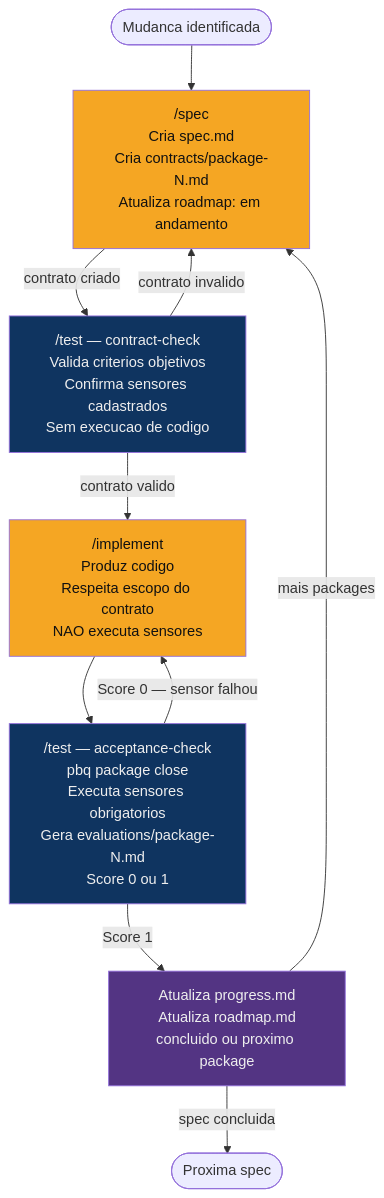
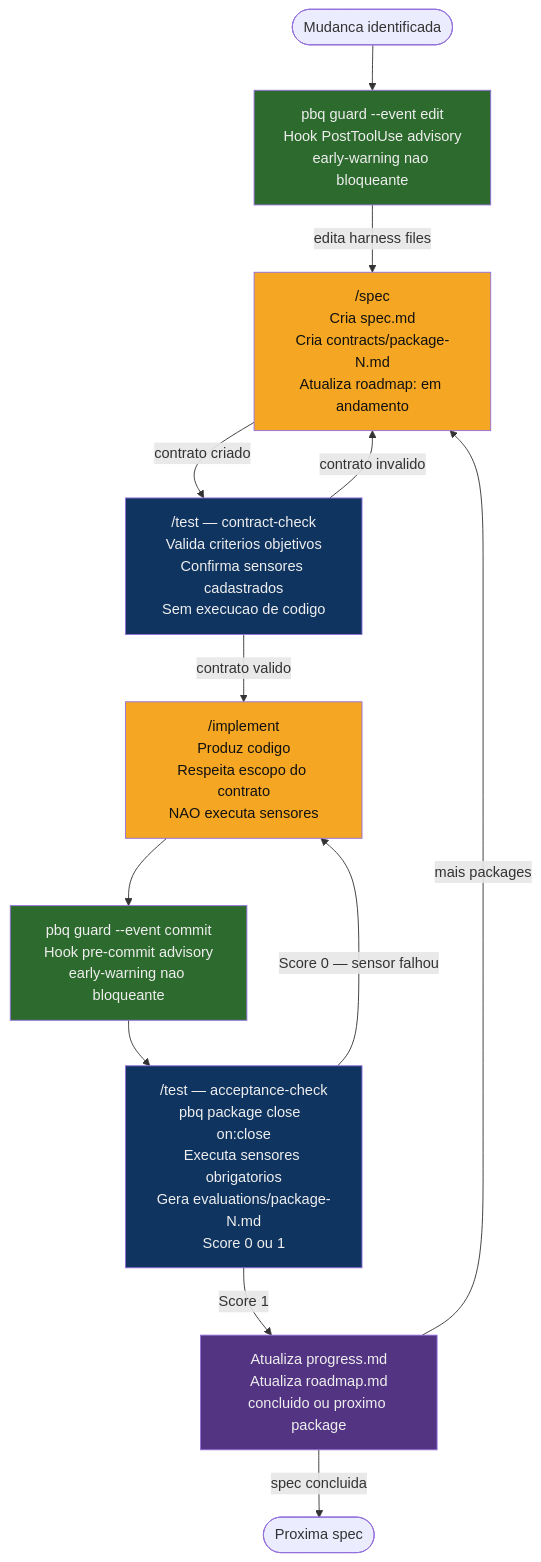
The second of 4 diagrams in .plan-build-qa/OVERVIEW.md (fabricioasv/plan-build-qa), drawn with Mermaid before and after one commit. The commit also changed other lines of this file and 112 other files, not shown here.

````diff
--- a/.plan-build-qa/OVERVIEW.md
+++ b/.plan-build-qa/OVERVIEW.md
@@ -27,30 +27,38 @@
 ```mermaid
 flowchart TD
     START(["Mudanca identificada"])
+
+    HOOK["pbq guard --event edit\nHook PostToolUse advisory\nearly-warning nao bloqueante"]
 
     S1["/spec\nCria spec.md\nCria contracts/package-N.md\nAtualiza roadmap: em andamento"]
 
     S2["/test — contract-check\nValida criterios objetivos\nConfirma sensores cadastrados\nSem execucao de codigo"]
 
     S3["/implement\nProduz codigo\nRespeita escopo do contrato\nNAO executa sensores"]
 
-    S4["/test — acceptance-check\npbq package close\nExecuta sensores obrigatorios\nGera evaluations/package-N.md\nScore 0 ou 1"]
+    COMMIT["pbq guard --event commit\nHook pre-commit advisory\nearly-warning nao bloqueante"]
+
+    S4["/test — acceptance-check\npbq package close  on:close\nExecuta sensores obrigatorios\nGera evaluations/package-N.md\nScore 0 ou 1"]
 
     S5["Atualiza progress.md\nAtualiza roadmap.md\nconcluido ou proximo package"]
 
-    START --> S1
+    START --> HOOK
+    HOOK -->|"edita harness files"| S1
     S1 -->|"contrato criado"| S2
     S2 -->|"contrato invalido"| S1
     S2 -->|"contrato valido"| S3
-    S3 --> S4
+    S3 --> COMMIT
+    COMMIT --> S4
     S4 -->|"Score 0 — sensor falhou"| S3
     S4 -->|"Score 1"| S5
     S5 -->|"spec concluida"| END(["Proxima spec"])
     S5 -->|"mais packages"| S1
 
     style S1 fill:#f5a623,color:#111
     style S3 fill:#f5a623,color:#111
     style S2 fill:#0f3460,color:#eee
     style S4 fill:#0f3460,color:#eee
     style S5 fill:#533483,color:#eee
+    style HOOK fill:#2d6a2d,color:#eee
+    style COMMIT fill:#2d6a2d,color:#eee
 ```
````
